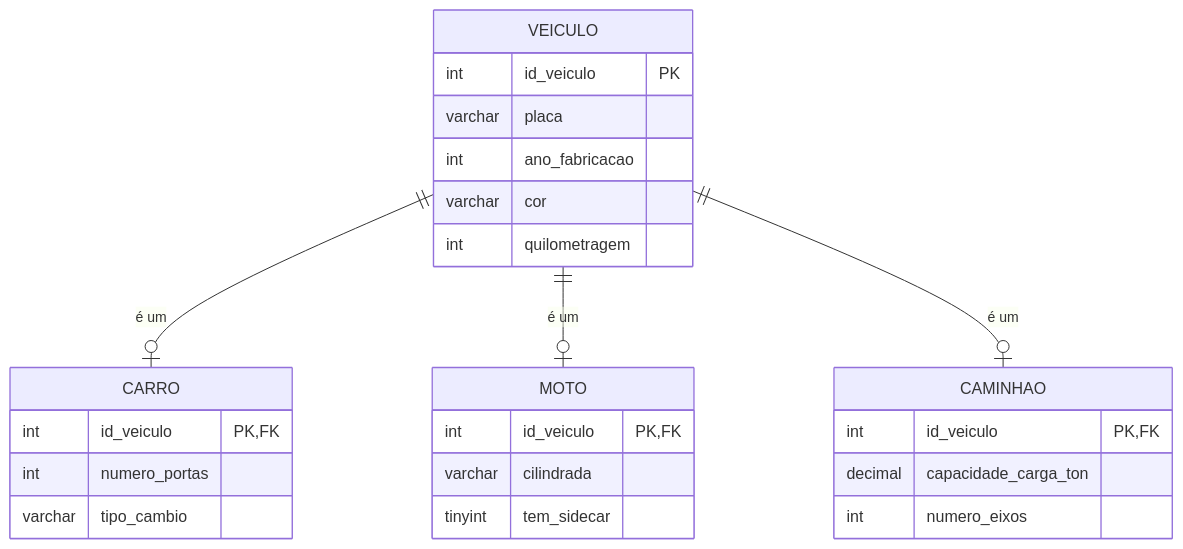
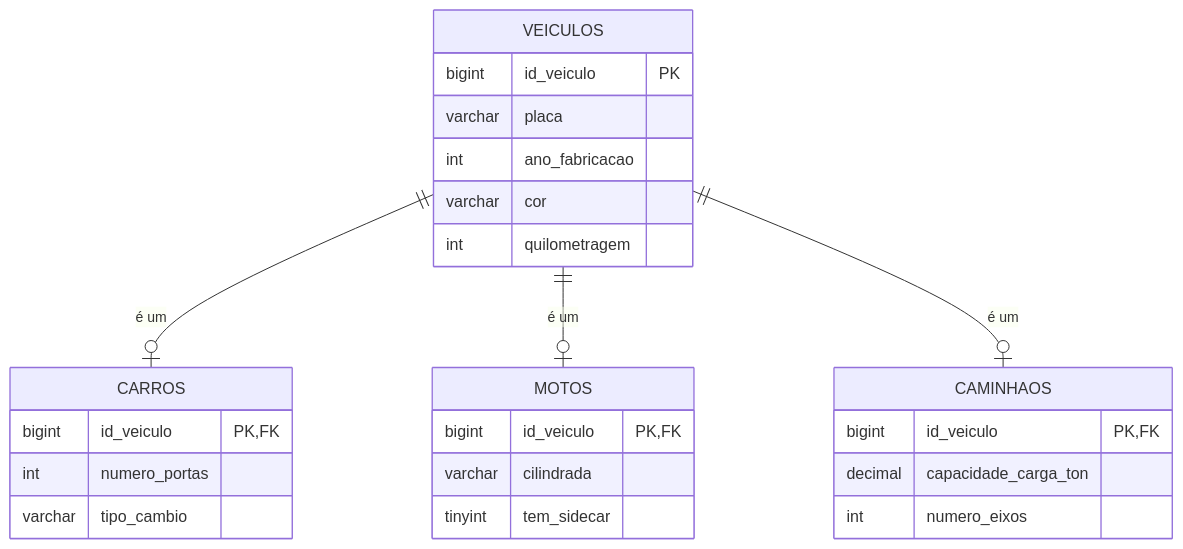
The second of 8 diagrams in aulas/Aula_01_Revisao_Modelagem_Conceitual.md (DSM-Fatec-Jahu/Banco-de-Dados-Relacional-IBD015), drawn with Mermaid before and after one commit. The commit also changed other lines of this file, not shown here.

````diff
--- a/aulas/Aula_01_Revisao_Modelagem_Conceitual.md
+++ b/aulas/Aula_01_Revisao_Modelagem_Conceitual.md
@@ -270,32 +270,32 @@
 ```mermaid
 erDiagram
-    VEICULO {
-        int id_veiculo PK
+    VEICULOS {
+        bigint id_veiculo PK
         varchar placa
         int ano_fabricacao
         varchar cor
         int quilometragem
     }
 
-    CARRO {
-        int id_veiculo PK, FK
+    CARROS {
+        bigint id_veiculo PK, FK
         int numero_portas
         varchar tipo_cambio
     }
 
-    MOTO {
-        int id_veiculo PK, FK
+    MOTOS {
+        bigint id_veiculo PK, FK
         varchar cilindrada
         tinyint tem_sidecar
     }
 
-    CAMINHAO {
-        int id_veiculo PK, FK
+    CAMINHAOS {
+        bigint id_veiculo PK, FK
         decimal capacidade_carga_ton
         int numero_eixos
     }
 
-    VEICULO ||--o| CARRO     : "é um"
-    VEICULO ||--o| MOTO      : "é um"
-    VEICULO ||--o| CAMINHAO  : "é um"
+    VEICULOS ||--o| CARROS     : "é um"
+    VEICULOS ||--o| MOTOS      : "é um"
+    VEICULOS ||--o| CAMINHAOS  : "é um"
 ```
````
